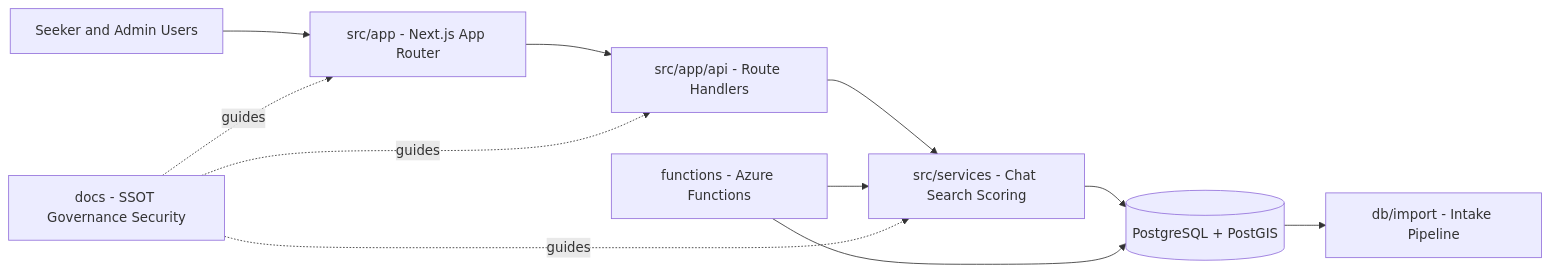
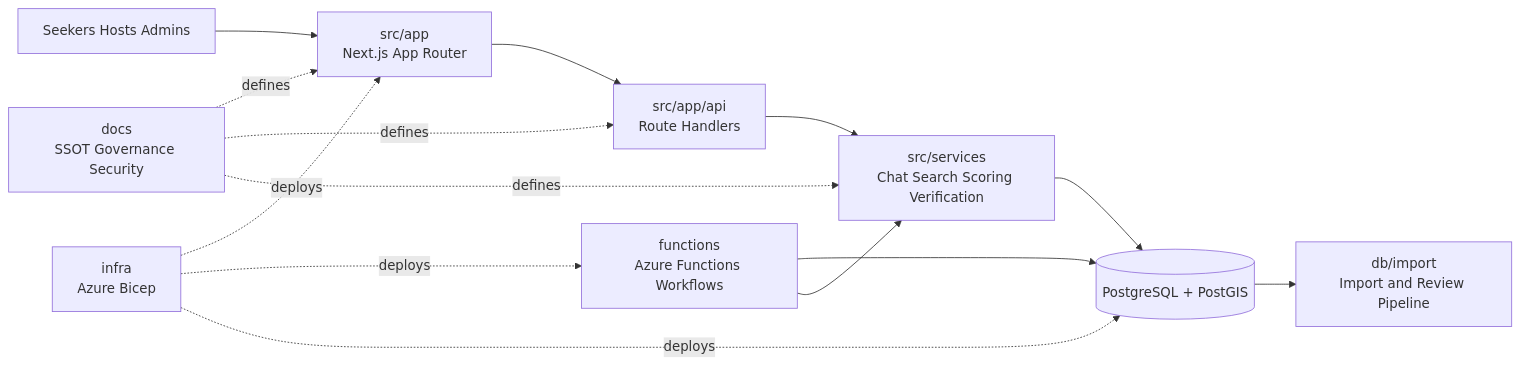
One commit to AutomatedEmpires/Open-Resource-Access-Network changed the diagram in README.md. Above: the diagram before and after it, drawn with Mermaid. The commit also changed other lines of this file and 100 other files, not shown here.

````diff
--- a/README.md
+++ b/README.md
@@ -174,13 +162,16 @@
 ```mermaid
 flowchart LR
-	U[Seeker and Admin Users] --> A[src/app - Next.js App Router]
-	A --> API[src/app/api - Route Handlers]
-	API --> S[src/services - Chat Search Scoring]
-	S --> D[(PostgreSQL + PostGIS)]
-	D --> I[db/import - Intake Pipeline]
-	F[functions - Azure Functions] --> D
-	F --> S
-	G[docs - SSOT Governance Security] -.guides.-> A
-	G -.guides.-> API
-	G -.guides.-> S
+    U[Seekers Hosts Admins] --> A[src/app<br/>Next.js App Router]
+    A --> API[src/app/api<br/>Route Handlers]
+    API --> S[src/services<br/>Chat Search Scoring Verification]
+    S --> D[(PostgreSQL + PostGIS)]
+    D --> I[db/import<br/>Import and Review Pipeline]
+    F[functions<br/>Azure Functions Workflows] --> D
+    F --> S
+    G[docs<br/>SSOT Governance Security] -.defines.-> A
+    G -.defines.-> API
+    G -.defines.-> S
+    P[infra<br/>Azure Bicep] -.deploys.-> A
+    P -.deploys.-> F
+    P -.deploys.-> D
 ```
````
